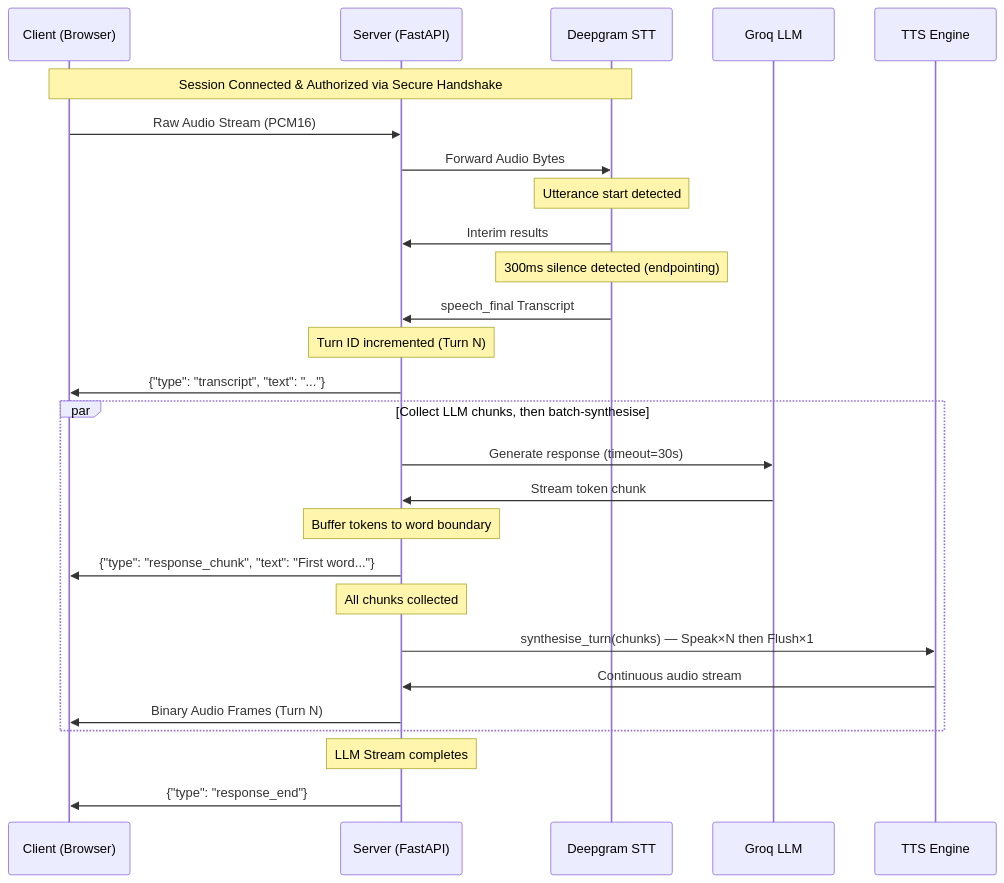
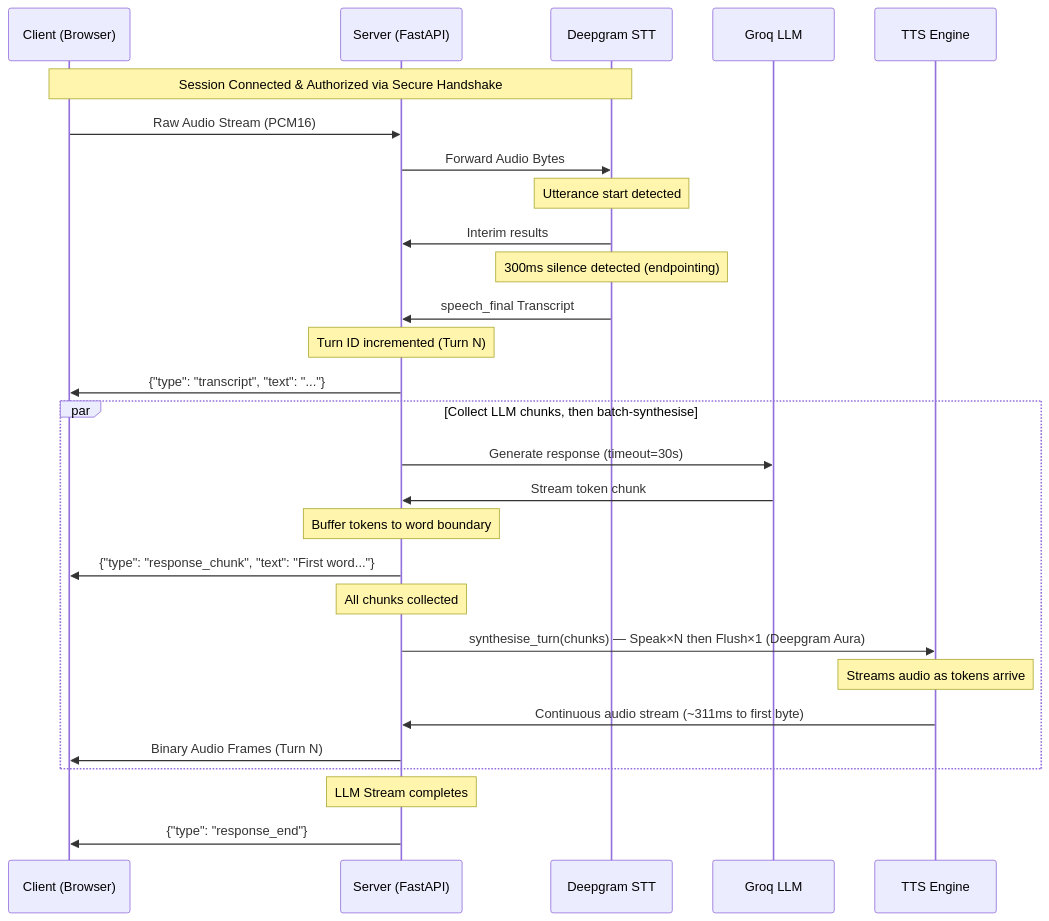
The second of 3 diagrams in docs/ARCHITECTURE.md (Yendoh-Derek/Cascade), drawn with Mermaid before and after one commit. The commit also changed other lines of this file and 11 other files, not shown here.

````diff
--- a/docs/ARCHITECTURE.md
+++ b/docs/ARCHITECTURE.md
@@ -33,32 +33,33 @@
 ```mermaid
 sequenceDiagram
     participant C as Client (Browser)
     participant S as Server (FastAPI)
     participant STT as Deepgram STT
     participant LLM as Groq LLM
     participant TTS as TTS Engine
 
     Note over C,STT: Session Connected & Authorized via Secure Handshake
     C->>S: Raw Audio Stream (PCM16)
     S->>STT: Forward Audio Bytes
     Note over STT: Utterance start detected
     STT->>S: Interim results
     Note over STT: 300ms silence detected (endpointing)
     STT->>S: speech_final Transcript
     Note over S: Turn ID incremented (Turn N)
     S->>C: {"type": "transcript", "text": "..."}
 
     par Collect LLM chunks, then batch-synthesise
         S->>LLM: Generate response (timeout=30s)
         LLM->>S: Stream token chunk
         Note over S: Buffer tokens to word boundary
         S->>C: {"type": "response_chunk", "text": "First word..."}
         Note over S: All chunks collected
-        S->>TTS: synthesise_turn(chunks) — Speak×N then Flush×1
-        TTS->>S: Continuous audio stream
+        S->>TTS: synthesise_turn(chunks) — Speak×N then Flush×1 (Deepgram Aura)
+        Note over TTS: Streams audio as tokens arrive
+        TTS->>S: Continuous audio stream (~311ms to first byte)
         S->>C: Binary Audio Frames (Turn N)
     end
 
     Note over S: LLM Stream completes
     S->>C: {"type": "response_end"}
 ```
````
